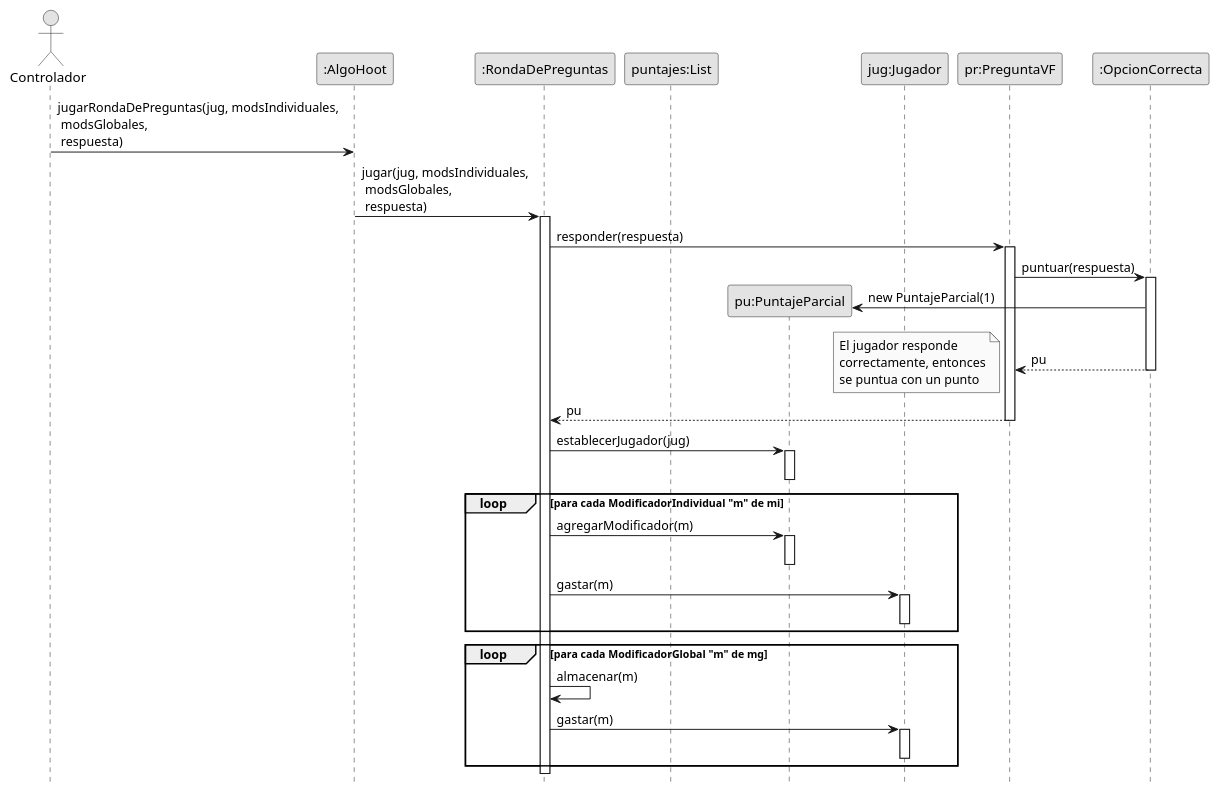
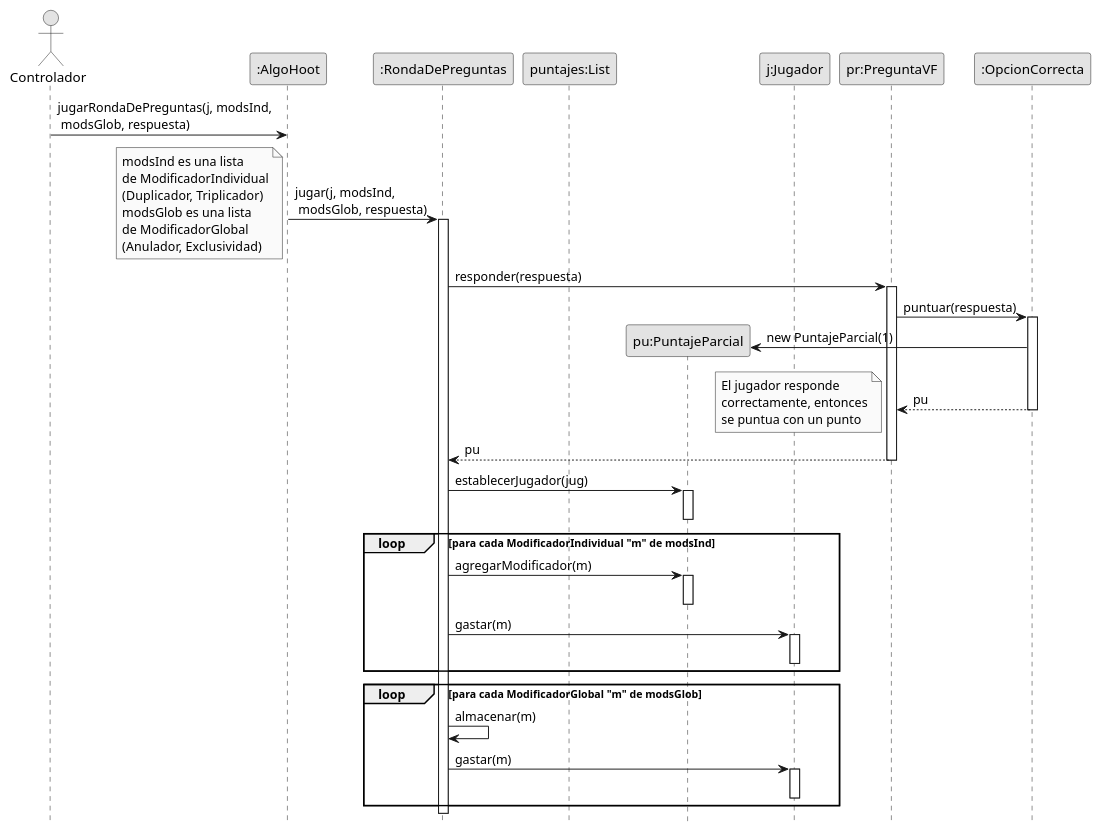
One commit to ValentinMarturet/ALGO3-TP2 changed the diagram in diagrams/sequences/entregaFinal/jugarRondaDePreguntas.puml. Above: the diagram before and after it, drawn with PlantUML. The commit also changed 10 other files, not shown here.

```diff
--- a/diagrams/sequences/entregaFinal/jugarRondaDePreguntas.puml
+++ b/diagrams/sequences/entregaFinal/jugarRondaDePreguntas.puml
@@ -1,61 +1,68 @@
 @startuml jugarRondaDePreguntas
 skinparam monochrome true
 hide footbox
 skinparam classAttributeIconSize 0
 
 
 actor "Controlador" as cr
 participant ":AlgoHoot" as ah
 
 participant ":RondaDePreguntas" as rp
 participant "puntajes:List" as puntajes
 participant "pu:PuntajeParcial" as pu
-participant "jug:Jugador" as j
+participant "j:Jugador" as j
 participant "pr:PreguntaVF" as pr
 participant ":OpcionCorrecta" as oc
 
 
 
-cr -> ah: jugarRondaDePreguntas(jug, modsIndividuales,\n modsGlobales,\n respuesta)
-
-ah -> rp: jugar(jug, modsIndividuales,\n modsGlobales,\n respuesta)
+cr -> ah: jugarRondaDePreguntas(j, modsInd,\n modsGlob, respuesta)
+ah -> rp: jugar(j, modsInd,\n modsGlob, respuesta)
+note left
+    modsInd es una lista
+    de ModificadorIndividual
+    (Duplicador, Triplicador)
+    modsGlob es una lista
+    de ModificadorGlobal
+    (Anulador, Exclusividad)
+endnote
 activate rp
     rp -> pr: responder(respuesta)
         activate pr
             pr -> oc: puntuar(respuesta)
             create pu
             activate oc
                 oc -> pu: new PuntajeParcial(1)
                 pr <-- oc: pu
                 note left
                     El jugador responde
                     correctamente, entonces
                     se puntua con un punto
                 endnote
             deactivate oc
         pr --> rp: pu
         deactivate pr
 
     rp -> pu: establecerJugador(jug)
     activate pu
     deactivate pu
-    loop para cada ModificadorIndividual "m" de mi
+    loop para cada ModificadorIndividual "m" de modsInd
         rp -> pu :agregarModificador(m)
         activate pu
         deactivate pu
 
         rp -> j: gastar(m)
         activate j
         deactivate j
 
     end
-    loop para cada ModificadorGlobal "m" de mg
+    loop para cada ModificadorGlobal "m" de modsGlob
             rp -> rp: almacenar(m)
             rp -> j: gastar(m)
             activate j
             deactivate j
 
         end
 
 
 @enduml
```
